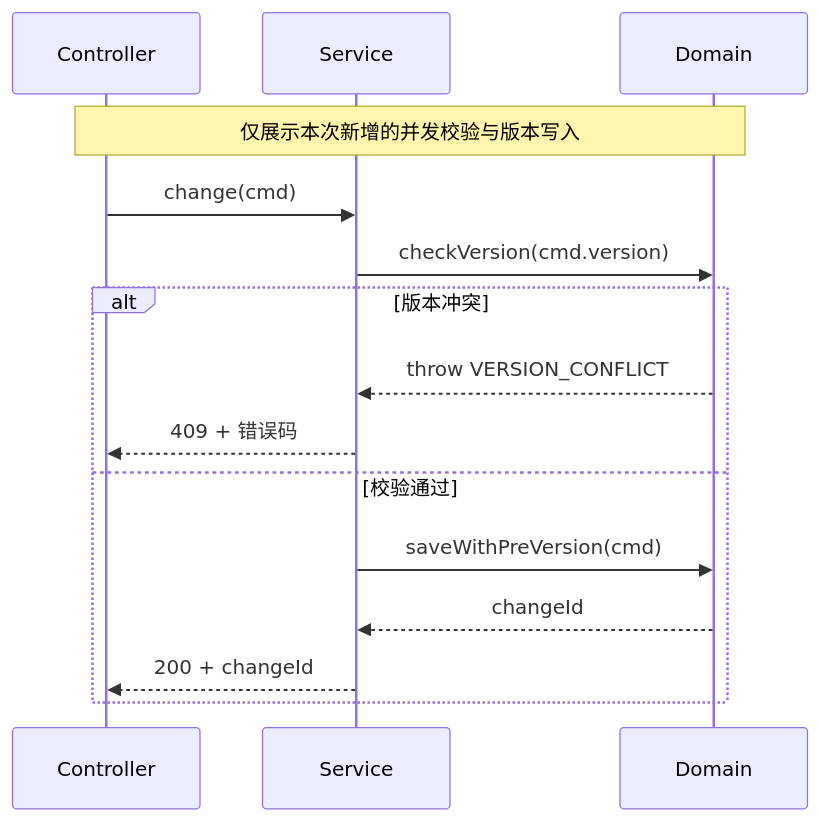
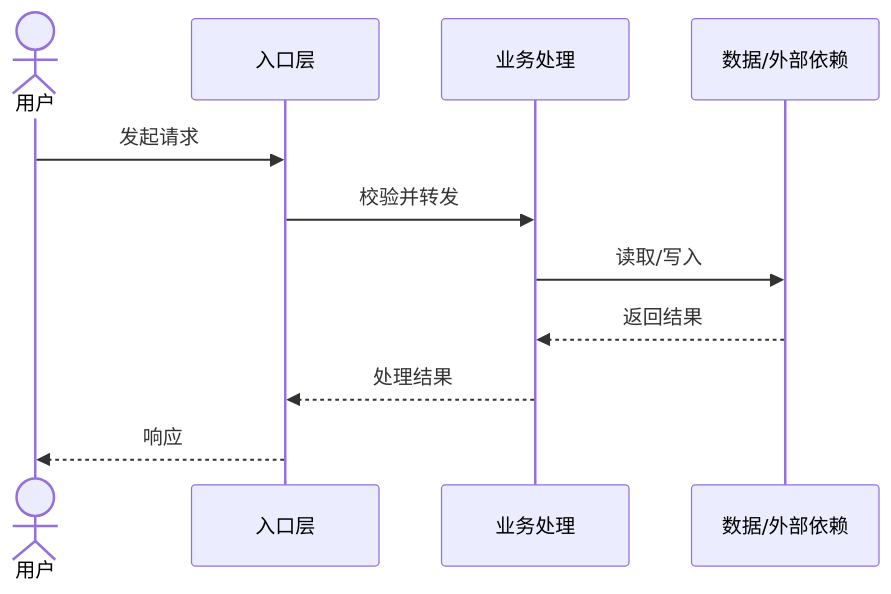
The diagram in skills/doc-generator/references/templates/02-概要设计.md (leimu-hue/my-skills), drawn with Mermaid before and after one commit. The commit also changed other lines of this file and 6 other files, not shown here.

````diff
--- a/skills/doc-generator/references/templates/02-概要设计.md
+++ b/skills/doc-generator/references/templates/02-概要设计.md
@@ -82,18 +84,14 @@
 ```mermaid
 sequenceDiagram
-	participant C as Controller
-	participant S as Service
-	participant D as Domain
+    actor U as 用户
+    participant E as 入口层
+    participant S as 业务处理
+    participant D as 数据/外部依赖
 
-	Note over C,D: 仅展示本次新增的并发校验与版本写入
-	C->>S: change(cmd)
-	S->>D: checkVersion(cmd.version)
-	alt 版本冲突
-		D-->>S: throw VERSION_CONFLICT
-		S-->>C: 409 + 错误码
-	else 校验通过
-		S->>D: saveWithPreVersion(cmd)
-		D-->>S: changeId
-		S-->>C: 200 + changeId
-	end
+    U->>E: 发起请求
+    E->>S: 校验并转发
+    S->>D: 读取/写入
+    D-->>S: 返回结果
+    S-->>E: 处理结果
+    E-->>U: 响应
 ```
````
